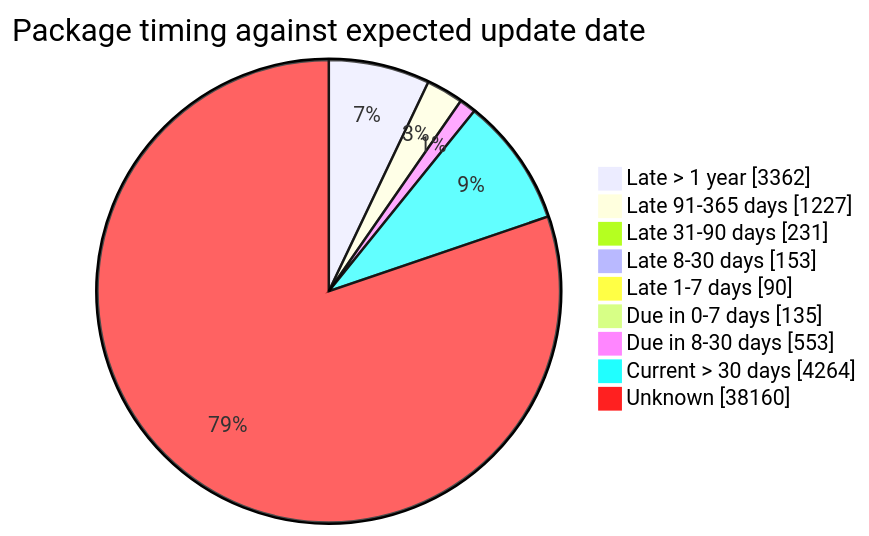
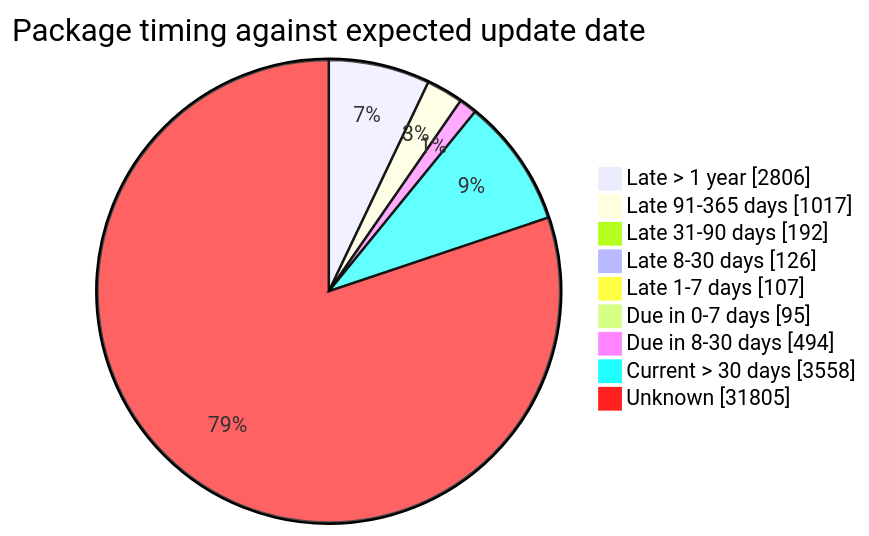
One commit to open-data/analytics-corporate-reporting changed the fourth of 5 diagrams in FreshCheck/README.md. Above: the diagram before and after it, drawn with Mermaid. The commit also changed other lines of this file and 3 other files, not shown here.

````diff
--- a/FreshCheck/README.md
+++ b/FreshCheck/README.md
@@ -86,12 +86,12 @@
 ```mermaid
 pie showData title Package timing against expected update date
-    "Late > 1 year": 3362
-    "Late 91-365 days": 1227
-    "Late 31-90 days": 231
-    "Late 8-30 days": 153
-    "Late 1-7 days": 90
-    "Due in 0-7 days": 135
-    "Due in 8-30 days": 553
-    "Current > 30 days": 4264
-    "Unknown": 38160
+    "Late > 1 year": 2806
+    "Late 91-365 days": 1017
+    "Late 31-90 days": 192
+    "Late 8-30 days": 126
+    "Late 1-7 days": 107
+    "Due in 0-7 days": 95
+    "Due in 8-30 days": 494
+    "Current > 30 days": 3558
+    "Unknown": 31805
 ```
````
